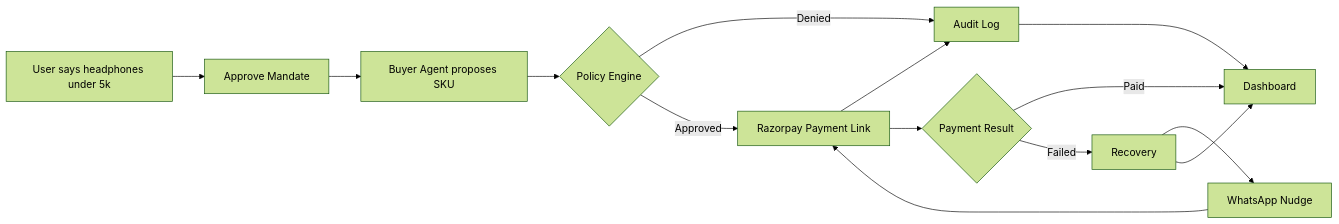
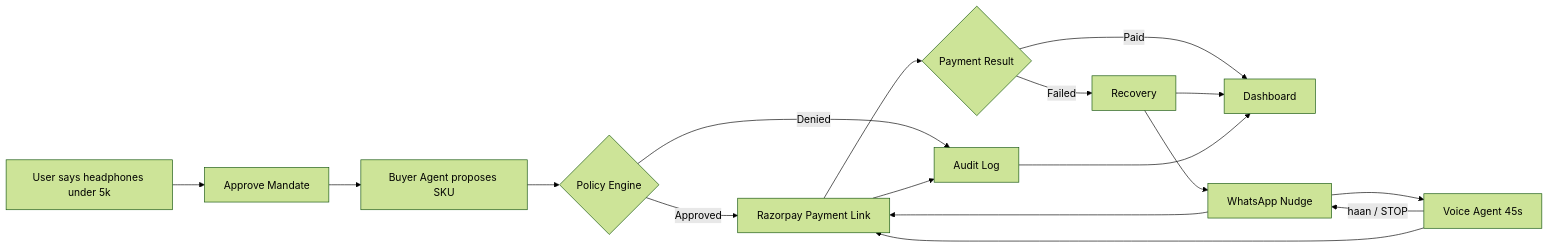
Before and after one commit to Eros483/RekhaVasool: the diagram in README.md, drawn with Mermaid (forest theme). The commit also changed other lines of this file and 11 other files, not shown here.

````diff
--- a/README.md
+++ b/README.md
@@ -26,16 +27,19 @@
 ```mermaid
 flowchart LR
     A[User says headphones under 5k] --> B[Approve Mandate]
     B --> C[Buyer Agent proposes SKU]
     C --> D{Policy Engine}
     D -->|Denied| E[Audit Log]
     D -->|Approved| F[Razorpay Payment Link]
     F --> E
     F --> G{Payment Result}
     G -->|Paid| H[Dashboard]
     G -->|Failed| I[Recovery]
     I --> J[WhatsApp Nudge]
+    J --> K[Voice Agent 45s]
+    K -->|haan / STOP| J
+    K --> F
     J --> F
     I --> H
     E --> H
 ```
````
